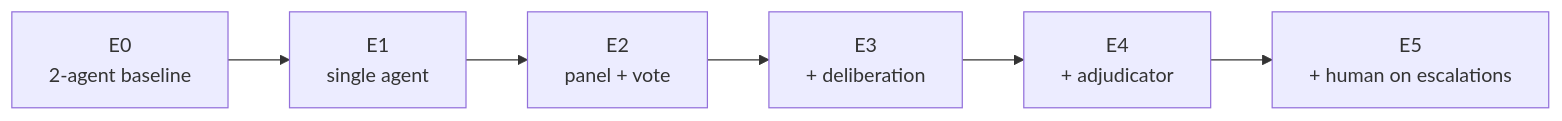
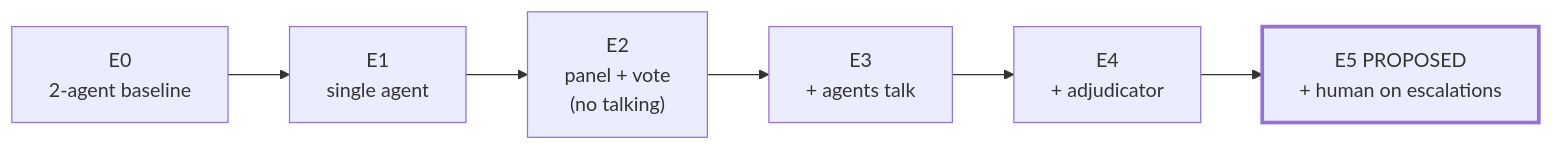
One commit to iUtsa/adrd-multiagent-review changed the fourth of 4 diagrams in docs/ARCHITECTURE.md. Above: the diagram before and after it, drawn with Mermaid. The commit also changed other lines of this file and 3 other files, not shown here.

First line of the commit message:
Make agent communication the core of the proposed system

````diff
--- a/docs/ARCHITECTURE.md
+++ b/docs/ARCHITECTURE.md
@@ -298,4 +302,5 @@
 ```mermaid
 flowchart LR
-    E0["E0<br/>2-agent baseline"] --> E1["E1<br/>single agent"] --> E2["E2<br/>panel + vote"] --> E3["E3<br/>+ deliberation"] --> E4["E4<br/>+ adjudicator"] --> E5["E5<br/>+ human on escalations"]
+    E0["E0<br/>2-agent baseline"] --> E1["E1<br/>single agent"] --> E2["E2<br/>panel + vote<br/>(no talking)"] --> E3["E3<br/>+ agents talk"] --> E4["E4<br/>+ adjudicator"] --> E5["E5 PROPOSED<br/>+ human on escalations"]
+    style E5 stroke-width:3px
 ```
````
